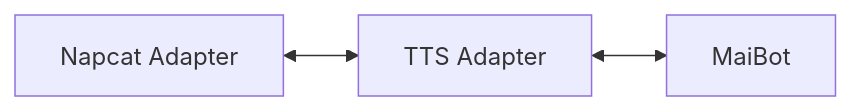
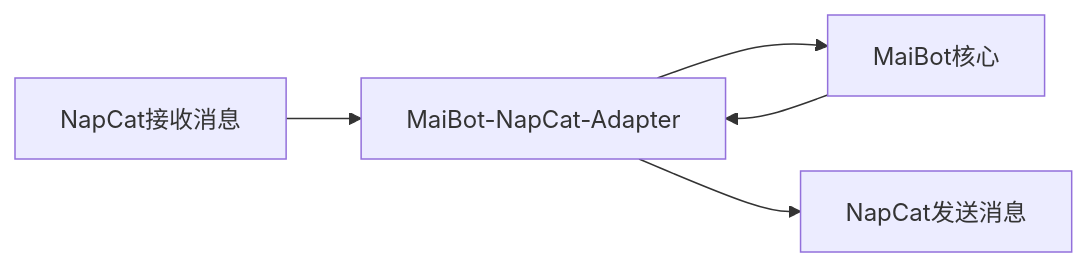
One commit to MaiM-with-u/docs changed the first of 2 diagrams in manual/adapters/tts/index.md. Above: the diagram before and after it, drawn with Mermaid. The commit also changed other lines of this file and 4 other files, not shown here.

Commit message:
增加豆包 TTS 和千问 Omni TTS 的配置指南，更新 GPT_Sovits 文档，优化 MaiBot TTS 文档内容

````diff
--- a/manual/adapters/tts/index.md
+++ b/manual/adapters/tts/index.md
@@ -51,5 +61,7 @@
 ```mermaid
 graph LR
-    A[Napcat Adapter] <--> B[TTS Adapter]
-    B <--> C[MaiBot]
+    A[NapCat接收消息] --> B[MaiBot-NapCat-Adapter]
+    B --> C[MaiBot核心]
+    C --> B
+    B --> D[NapCat发送消息]
 ```
````
